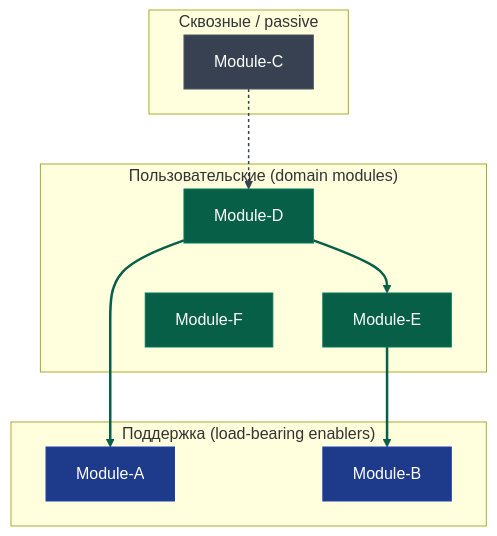
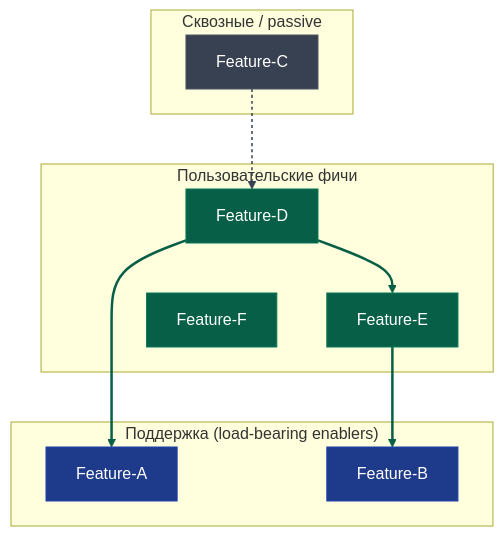
The first of 2 diagrams in hi_flow/skills/product-spec/references/product-spec-template.md (Hedgeinform/hi_flow), drawn with Mermaid before and after one commit. The commit also changed other lines of this file and 8 other files, not shown here.

````diff
--- a/hi_flow/skills/product-spec/references/product-spec-template.md
+++ b/hi_flow/skills/product-spec/references/product-spec-template.md
@@ -50,53 +50,53 @@
 ```mermaid
 graph TD
-    %% Subgraph группы по типу модулей (агент заполняет имена и состав).
+    %% Subgraph группы по типу фич (агент заполняет имена и состав).
     %% Три универсальные категории по default:
     %%   Infra (load-bearing enablers — учётки, права, изоляция клиентов)
     %%   Passive (cross-cutting политики — журнал действий, нотификации hub, отчётность)
-    %%   Domain (пользовательские модули — Communication, Sales, и т.п.)
+    %%   Domain (пользовательские фичи — Communications, Sales, и т.п.)
     %% Если категория пустая — удалить целиком: subgraph + classDef + class
     %% assignment + linkStyle строки для её edges.
     %% Опциональное расщепление любой категории — см. вариант ниже под skeleton'ом.
 
     subgraph Infra ["Поддержка (load-bearing enablers)"]
-        IM1["Module-A"]
-        IM2["Module-B"]
+        IM1["Feature-A"]
+        IM2["Feature-B"]
     end
 
     subgraph Passive ["Сквозные / passive"]
-        PM1["Module-C"]
+        PM1["Feature-C"]
     end
 
-    subgraph Domain ["Пользовательские (domain modules)"]
-        DM1["Module-D"]
-        DM2["Module-E"]
-        DM3["Module-F"]
+    subgraph Domain ["Пользовательские фичи"]
+        DM1["Feature-D"]
+        DM2["Feature-E"]
+        DM3["Feature-F"]
     end
 
-    %% Связи между модулями (агент заполняет per inter-module deps).
-    %% Solid arrow = active dependency (модуль использует), dashed = passive (политика применяется).
+    %% Связи между фичами (агент заполняет per inter-feature deps).
+    %% Solid arrow = active dependency (фича использует), dashed = passive (политика применяется).
     DM1 --> IM1
     DM2 --> IM2
     DM1 --> DM2
     PM1 -.-> DM1
 
     %% Стили нод per группа.
     %% Цвета подобраны под dark theme viewer. Для light theme — adjust per usage
     %% (например, fill #dbeafe / #f3f4f6 / #d1fae5).
     classDef infraStyle fill:#1e3a8a,stroke:#1e40af,color:#fff
     classDef passiveStyle fill:#374151,stroke:#4b5563,color:#fff
     classDef domainStyle fill:#065f46,stroke:#047857,color:#fff
     class IM1,IM2 infraStyle
     class PM1 passiveStyle
     class DM1,DM2,DM3 domainStyle
 
     %% ВНИМАНИЕ: linkStyle индексируется порядком объявления edges выше.
     %% При добавлении/удалении edge — все последующие linkStyle съезжают.
     %% При ручной правке: либо добавляй edge в конец списка (тогда добавь новый
     %% linkStyle тоже в конец), либо попроси скилл регенерировать весь блок.
     %% Цвет наследует source-группу. Толщина: 2.5px для active, 1.5px для passive.
     linkStyle 0 stroke:#065f46,stroke-width:2.5px
     linkStyle 1 stroke:#065f46,stroke-width:2.5px
     linkStyle 2 stroke:#065f46,stroke-width:2.5px
     linkStyle 3 stroke:#374151,stroke-width:1.5px,stroke-dasharray:3
 ```
````
